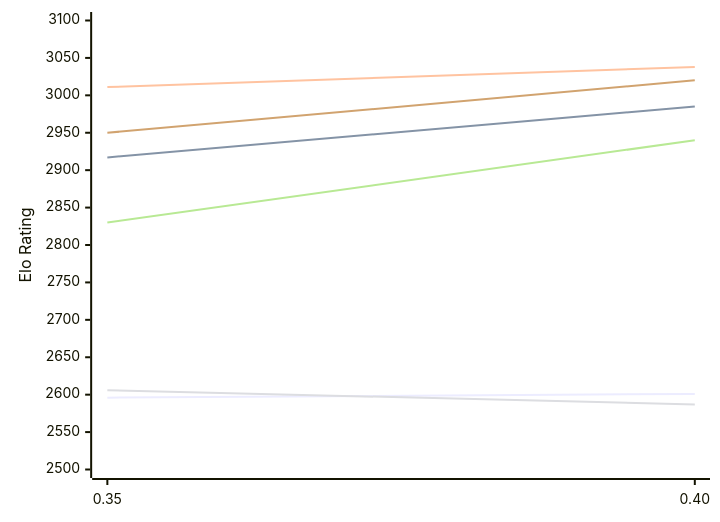
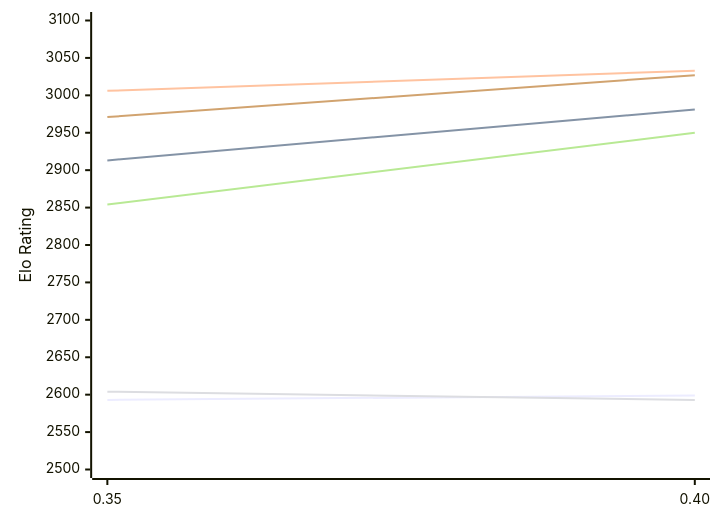
Before and after one commit to computer-chess-index/cci: the first of 2 diagrams in engines/Gecko.md, drawn with Mermaid. The commit also changed other lines of this file, not shown here.

Commit message:
Update CCI Ratings (ELO VLTC) - 2026-11-21

````diff
--- a/engines/Gecko.md
+++ b/engines/Gecko.md
@@ -54,12 +54,12 @@
 ```mermaid
 %%{init: {"theme":"base","themeVariables":{"seriesColors:['#a3a3a3','#222221','#faa371']}}}%%
 xychart-beta
   x-axis ["0.35", "0.40"]
   y-axis "Elo Rating" 2500 --> 3100
-  line "E1: STC (8.0+0.08s)" [2596, 2601]
-  line "E1: LTC (60.0+0.60s)" [2917, 2985]
-  line "E1: VLTC (2m24s+1.12s)" [3011, 3038]
-  line "P1: STC (8.0+0.08s)" [2606, 2587]
-  line "P1: LTC (60.0+0.60s)" [2830, 2940]
-  line "P1: VLTC (2m24s+1.12s)" [2950, 3020]
+  line "E1: STC (8.0+0.08s)" [2593, 2599]
+  line "E1: LTC (60.0+0.60s)" [2913, 2981]
+  line "E1: VLTC (2m24s+1.12s)" [3006, 3033]
+  line "P1: STC (8.0+0.08s)" [2604, 2593]
+  line "P1: LTC (60.0+0.60s)" [2854, 2950]
+  line "P1: VLTC (2m24s+1.12s)" [2971, 3027]
 ```
````
